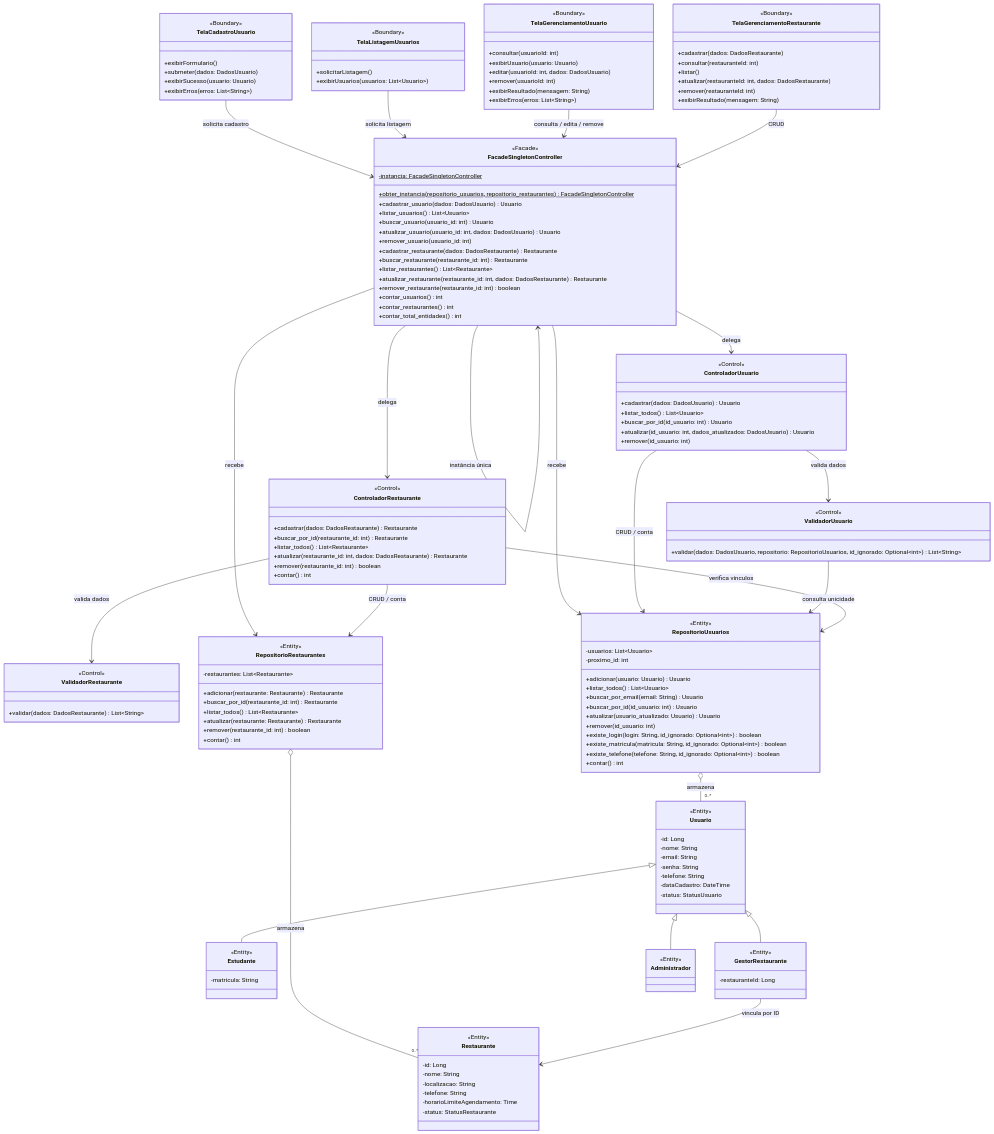
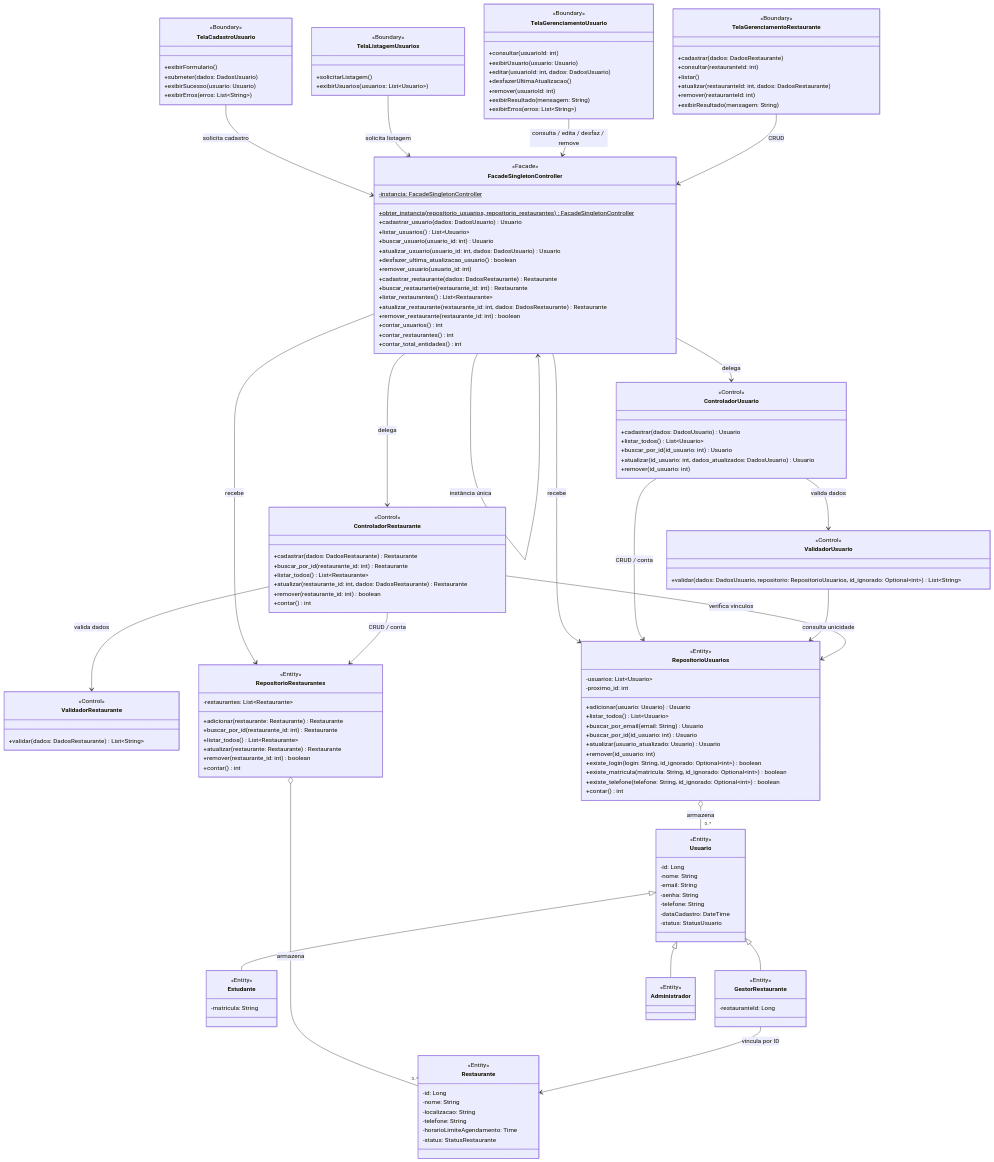
Before and after one commit to henriquesantos007/Sistema-de-Agendamento-de-Almoco: the first of 7 diagrams in docs/05-analise.md, drawn with Mermaid. The commit also changed other lines of this file, not shown here.

Commit message:
docs(analise): adicionar fluxo de desfazer atualização de usuário nos diagramas BCE

```diff
--- a/docs/05-analise.md
+++ b/docs/05-analise.md
@@ -47,6 +48,7 @@
         +consultar(usuarioId: int)
         +exibirUsuario(usuario: Usuario)
         +editar(usuarioId: int, dados: DadosUsuario)
+        +desfazerUltimaAtualizacao()
         +remover(usuarioId: int)
         +exibirResultado(mensagem: String)
         +exibirErros(erros: List~String~)
@@ -70,6 +72,7 @@
         +listar_usuarios() List~Usuario~
         +buscar_usuario(usuario_id: int) Usuario
         +atualizar_usuario(usuario_id: int, dados: DadosUsuario) Usuario
+        +desfazer_ultima_atualizacao_usuario() boolean
         +remover_usuario(usuario_id: int)
         +cadastrar_restaurante(dados: DadosRestaurante) Restaurante
         +buscar_restaurante(restaurante_id: int) Restaurante
@@ -174,7 +177,7 @@
 
     TelaCadastroUsuario --> FacadeSingletonController : solicita cadastro
     TelaListagemUsuarios --> FacadeSingletonController : solicita listagem
-    TelaGerenciamentoUsuario --> FacadeSingletonController : consulta / edita / remove
+    TelaGerenciamentoUsuario --> FacadeSingletonController : consulta / edita / desfaz / remove
     TelaGerenciamentoRestaurante --> FacadeSingletonController : CRUD
     FacadeSingletonController --> FacadeSingletonController : instância única
     FacadeSingletonController --> ControladorUsuario : delega
```
